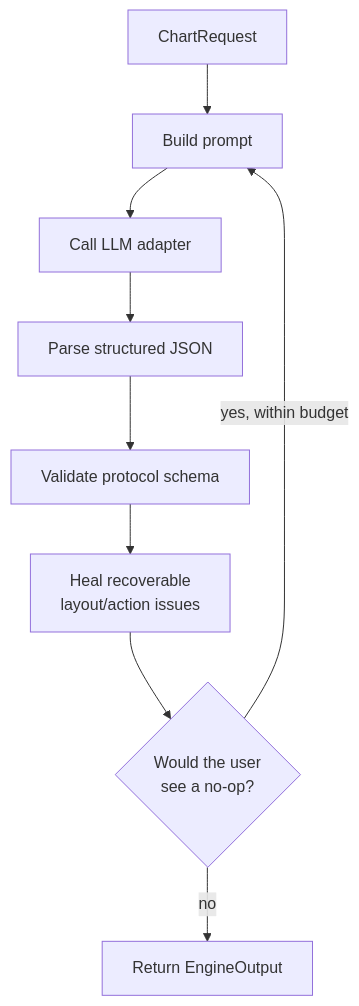
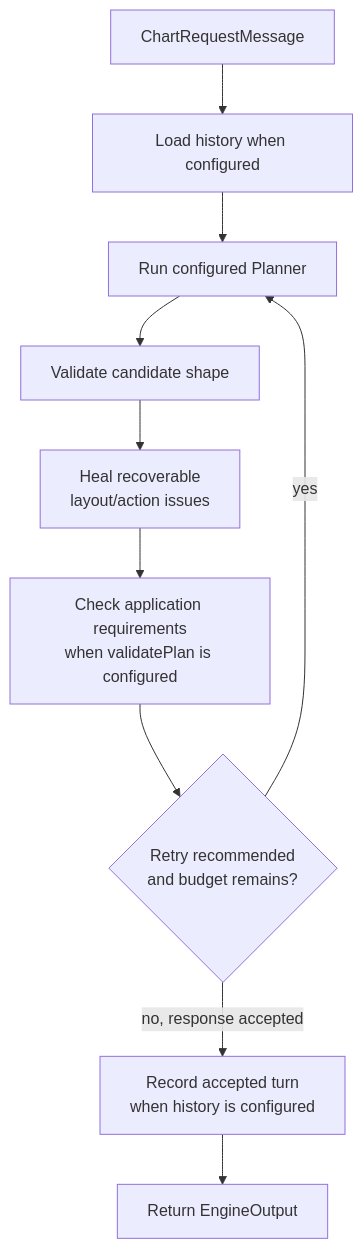
The first of 2 diagrams in apps/docs/src/content/docs/understanding/engine.mdx (maelstrom-co/maelstrom), drawn with Mermaid before and after one commit. The commit also changed other lines of this file and 9 other files, not shown here.

````diff
--- a/apps/docs/src/content/docs/understanding/engine.mdx
+++ b/apps/docs/src/content/docs/understanding/engine.mdx
@@ -38,20 +40,22 @@
 ```mermaid
 flowchart TD
-  Request["ChartRequest"]
-  Prompt["Build prompt"]
-  Adapter["Call LLM adapter"]
-  Parse["Parse structured JSON"]
-  Validate["Validate protocol schema"]
+  Request["ChartRequestMessage"]
+  History["Load history when configured"]
+  Planner["Run configured Planner"]
+  Validate["Validate candidate shape"]
   Heal["Heal recoverable<br/>layout/action issues"]
-  Retry{"Would the user<br/>see a no-op?"}
+  Requirements["Check application requirements<br/>when validatePlan is configured"]
+  Retry{"Retry recommended<br/>and budget remains?"}
+  Record["Record accepted turn<br/>when history is configured"]
   Return["Return EngineOutput"]
 
-  Request --> Prompt
-  Prompt --> Adapter
-  Adapter --> Parse
-  Parse --> Validate
+  Request --> History
+  History --> Planner
+  Planner --> Validate
   Validate --> Heal
-  Heal --> Retry
-  Retry -->|"yes, within budget"| Prompt
-  Retry -->|"no"| Return
+  Heal --> Requirements
+  Requirements --> Retry
+  Retry -->|"yes"| Planner
+  Retry -->|"no, response accepted"| Record
+  Record --> Return
 ```
````
